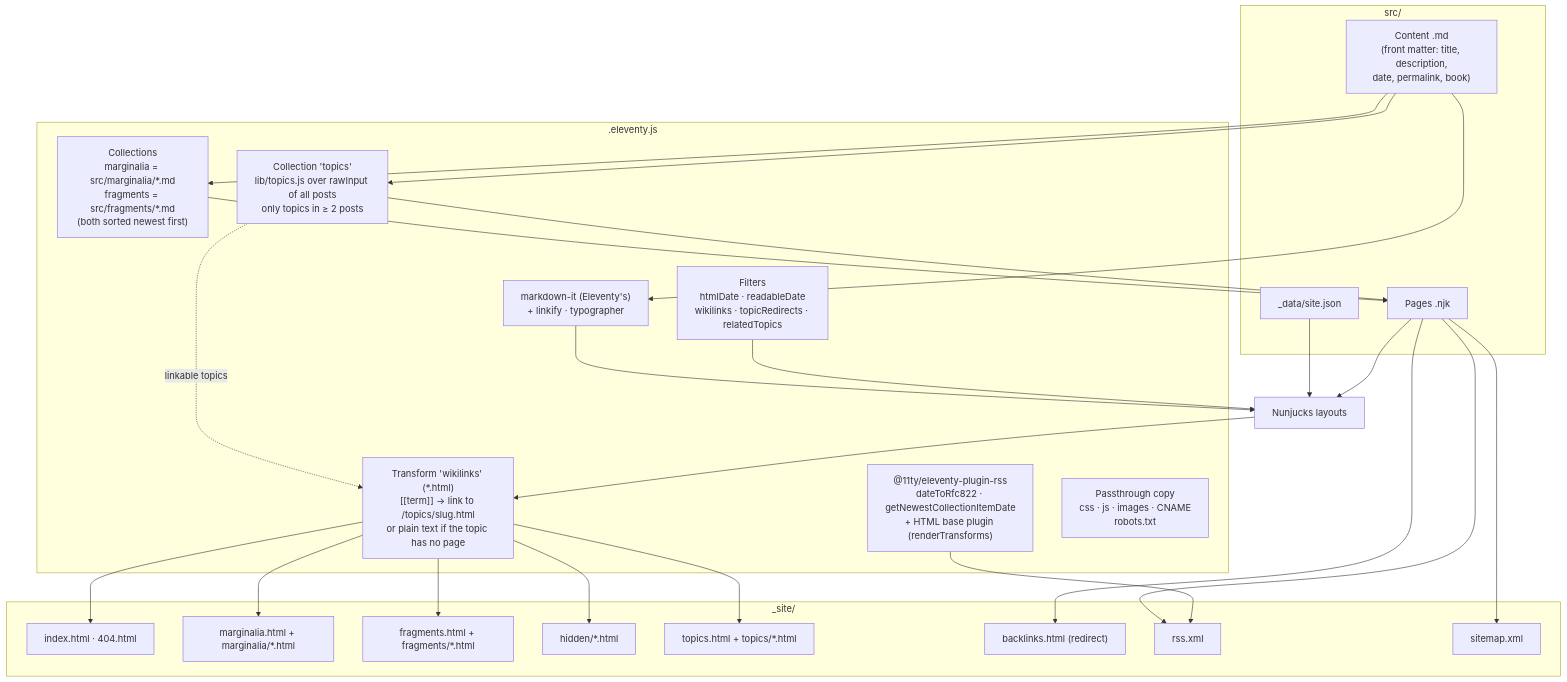
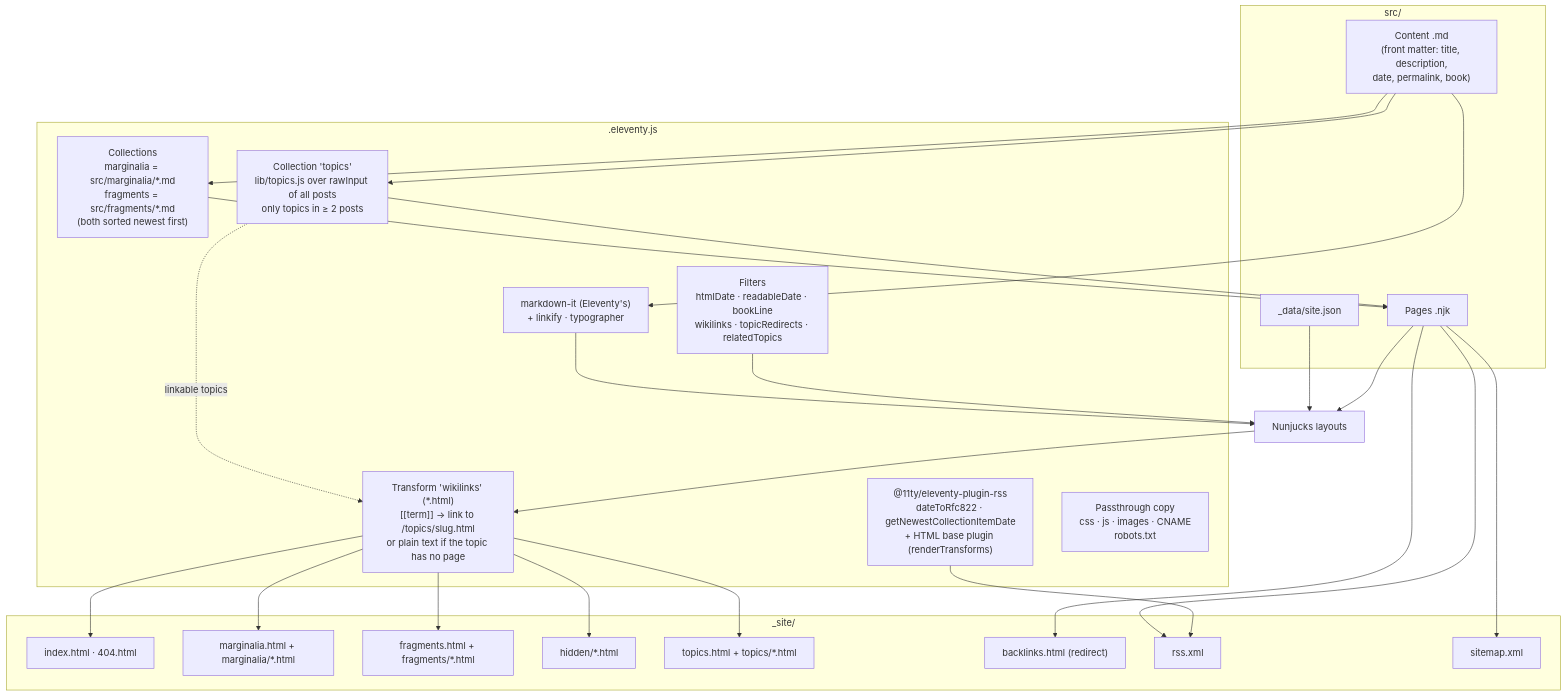
The fourth of 9 diagrams in ARCHITECTURE.md (raoul-g/raoulyy-blog), drawn with Mermaid before and after one commit. The commit also changed other lines of this file and 11 other files, not shown here.

````diff
--- a/ARCHITECTURE.md
+++ b/ARCHITECTURE.md
@@ -111,43 +111,43 @@
 ```mermaid
 flowchart TB
     subgraph Config[".eleventy.js"]
         MDLIB["markdown-it (Eleventy's)<br/>+ linkify · typographer"]
         COLL["Collections<br/>marginalia = src/marginalia/*.md<br/>fragments = src/fragments/*.md<br/>(both sorted newest first)"]
         TOP["Collection 'topics'<br/>lib/topics.js over rawInput of all posts<br/>only topics in ≥ 2 posts"]
-        FILT["Filters<br/>htmlDate · readableDate<br/>wikilinks · topicRedirects · relatedTopics"]
+        FILT["Filters<br/>htmlDate · readableDate · bookLine<br/>wikilinks · topicRedirects · relatedTopics"]
         RSSP["@11ty/eleventy-plugin-rss<br/>dateToRfc822 · getNewestCollectionItemDate<br/>+ HTML base plugin (renderTransforms)"]
         XFORM["Transform 'wikilinks' (*.html)<br/>[[term]] → link to /topics/slug.html<br/>or plain text if the topic has no page"]
         PT["Passthrough copy<br/>css · js · images · CNAME<br/>robots.txt"]
     end
 
     subgraph Inputs["src/"]
         CM["Content .md<br/>(front matter: title, description,<br/>date, permalink, book)"]
         PG["Pages .njk"]
         SJ["_data/site.json"]
     end
 
     subgraph Outputs["_site/"]
         O1["index.html · 404.html"]
         O2["marginalia.html + marginalia/*.html"]
         O3["fragments.html + fragments/*.html"]
         O4["hidden/*.html"]
         O5["topics.html + topics/*.html"]
         O6["backlinks.html (redirect)"]
         O7["rss.xml"]
         O8["sitemap.xml"]
     end
 
     CM --> MDLIB --> LAYOUT["Nunjucks layouts"]
     CM --> COLL
     SJ --> LAYOUT
     PG --> LAYOUT
     COLL --> PG
     CM --> TOP --> PG
     TOP -. "linkable topics" .-> XFORM
     FILT --> LAYOUT
     LAYOUT --> XFORM
     XFORM --> O1 & O2 & O3 & O4 & O5
     PG --> O7 & O8
     RSSP --> O7
     PG --> O6
 ```
````
